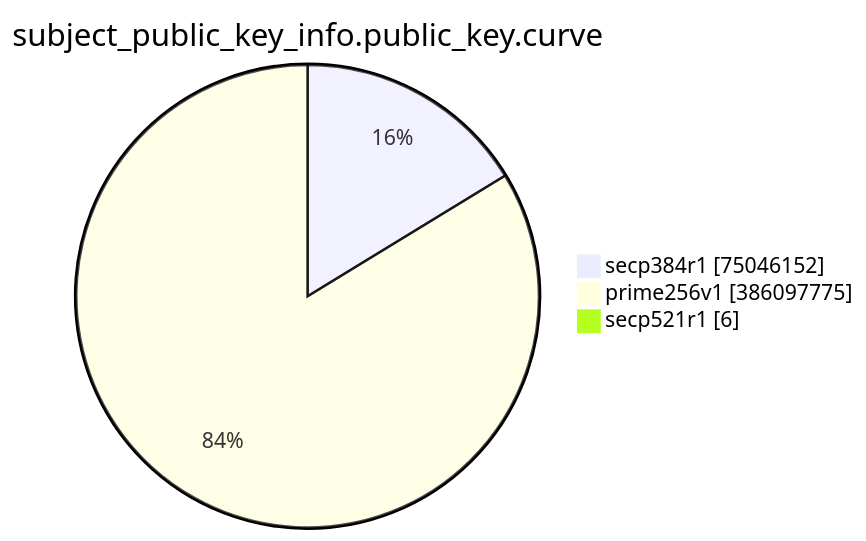
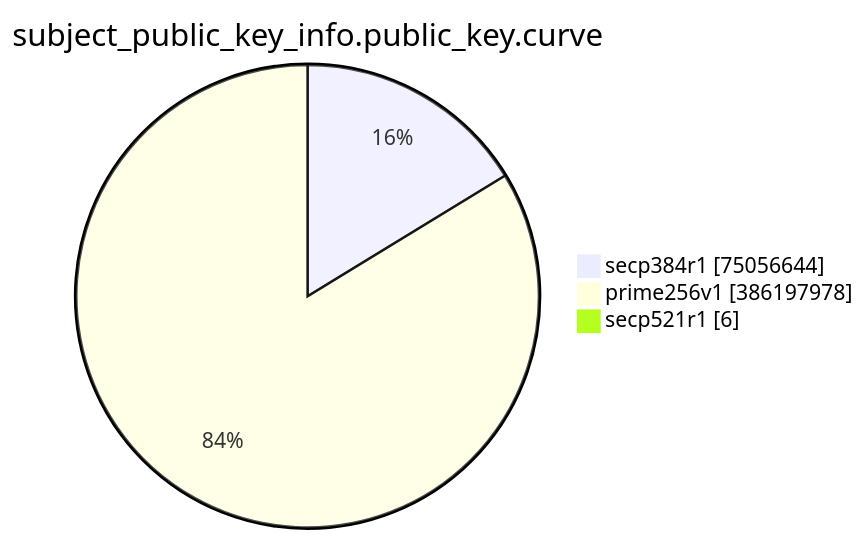
One commit to christiankrug/ctmonitor_visualization changed the eighth of 15 diagrams in TOTAL/README.md. Above: the diagram before and after it, drawn with Mermaid. The commit also changed other lines of this file, not shown here.

````diff
--- a/TOTAL/README.md
+++ b/TOTAL/README.md
@@ -3094,7 +3094,7 @@
 ```mermaid
 pie showData
 title subject_public_key_info.public_key.curve
-"secp384r1" :75046152
-"prime256v1" :386097775
+"secp384r1" :75056644
+"prime256v1" :386197978
 "secp521r1" :6
 ```
````
